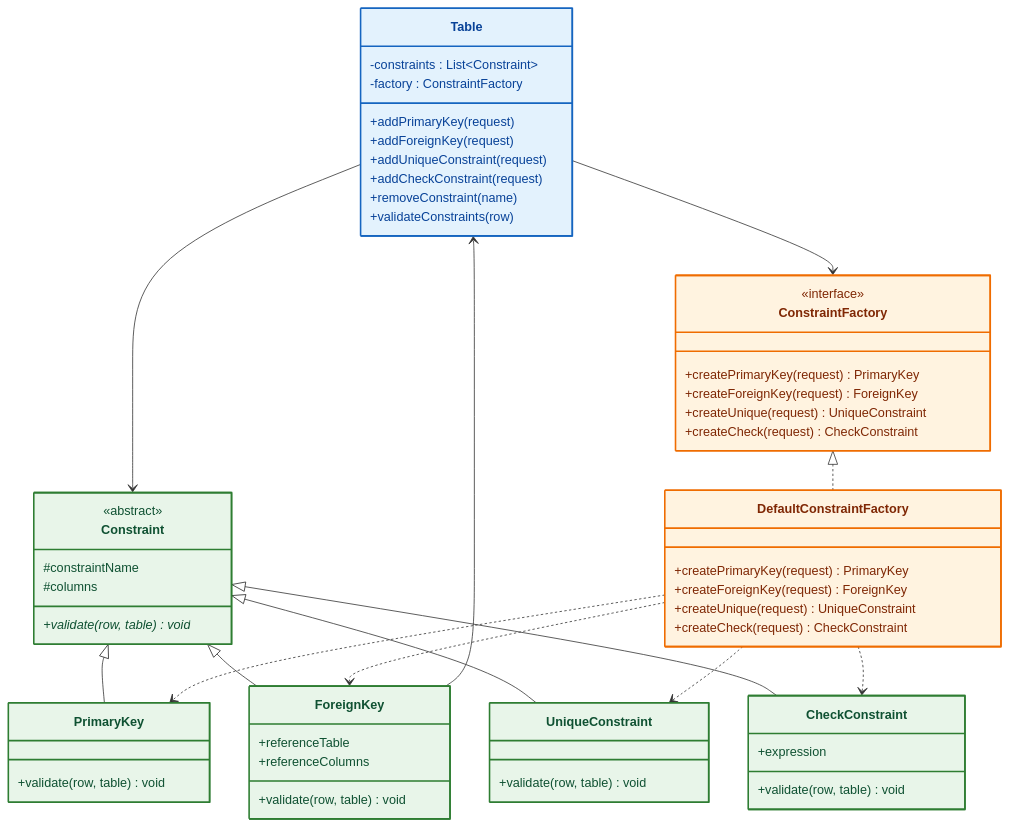
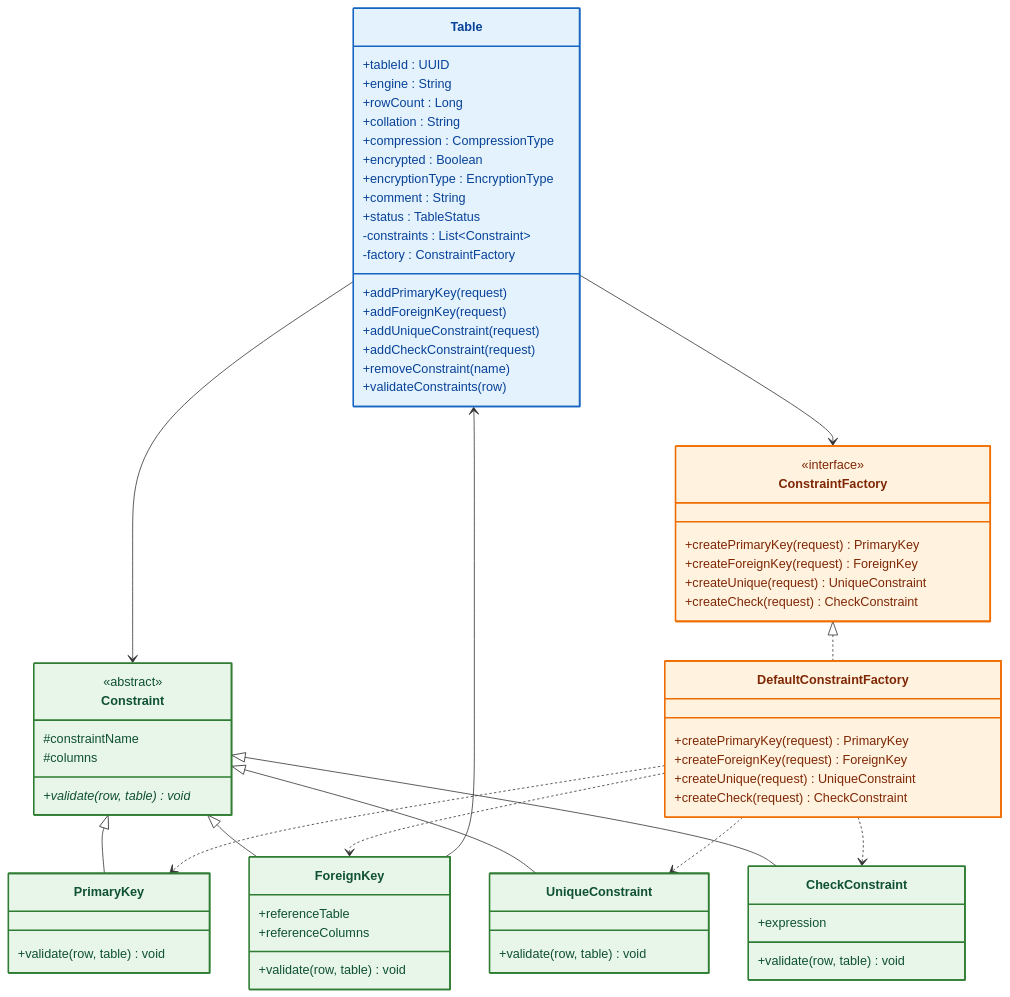
One commit to Huy1801214/dbms-architecture changed the seventh of 23 diagrams in docs/README.md. Above: the diagram before and after it, drawn with Mermaid. The commit also changed other lines of this file and 7 other files, not shown here.

```diff
--- a/docs/README.md
+++ b/docs/README.md
@@ -1208,6 +1252,16 @@
 %% =====================================================
 
 class Table{
+    +tableId : UUID
+    +engine : String
+    +rowCount : Long
+    +collation : String
+    +compression : CompressionType
+    +encrypted : Boolean
+    +encryptionType : EncryptionType
+    +comment : String
+    +status : TableStatus
+
     -constraints : List~Constraint~
     -factory : ConstraintFactory
 
```
